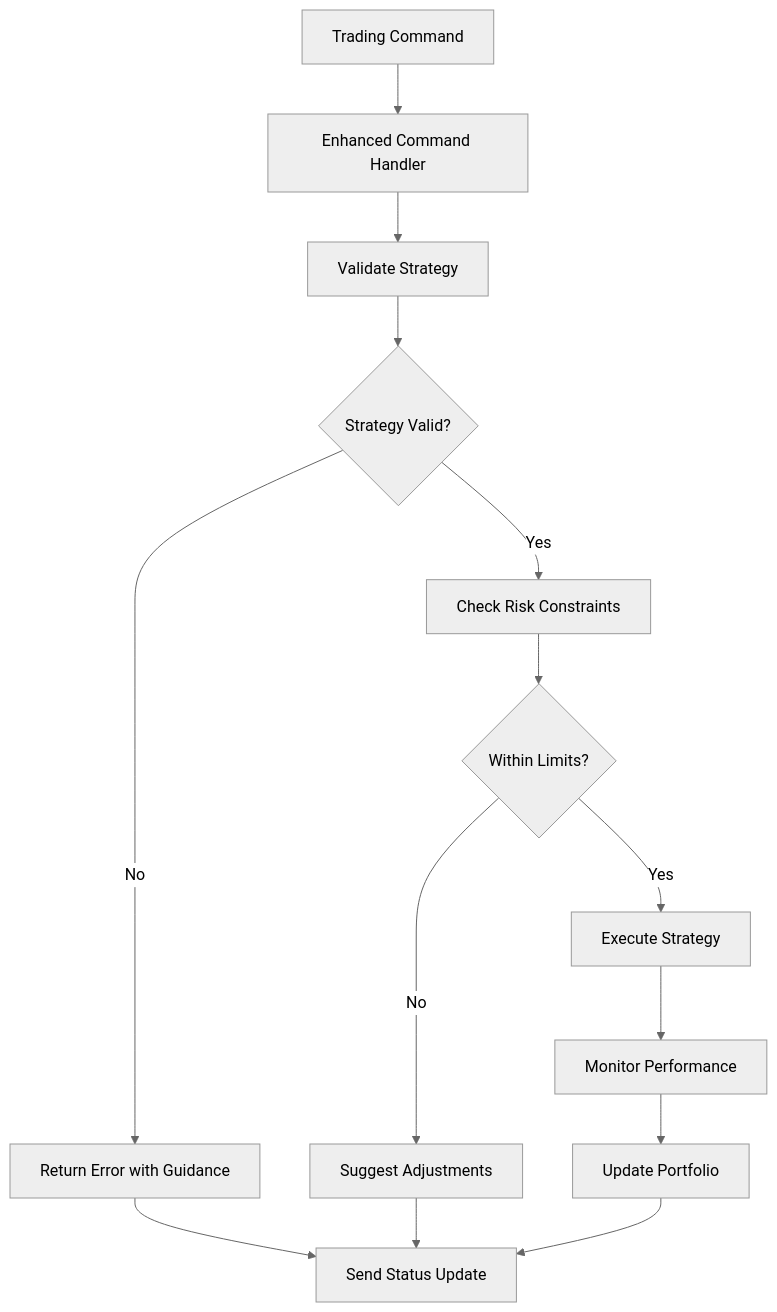
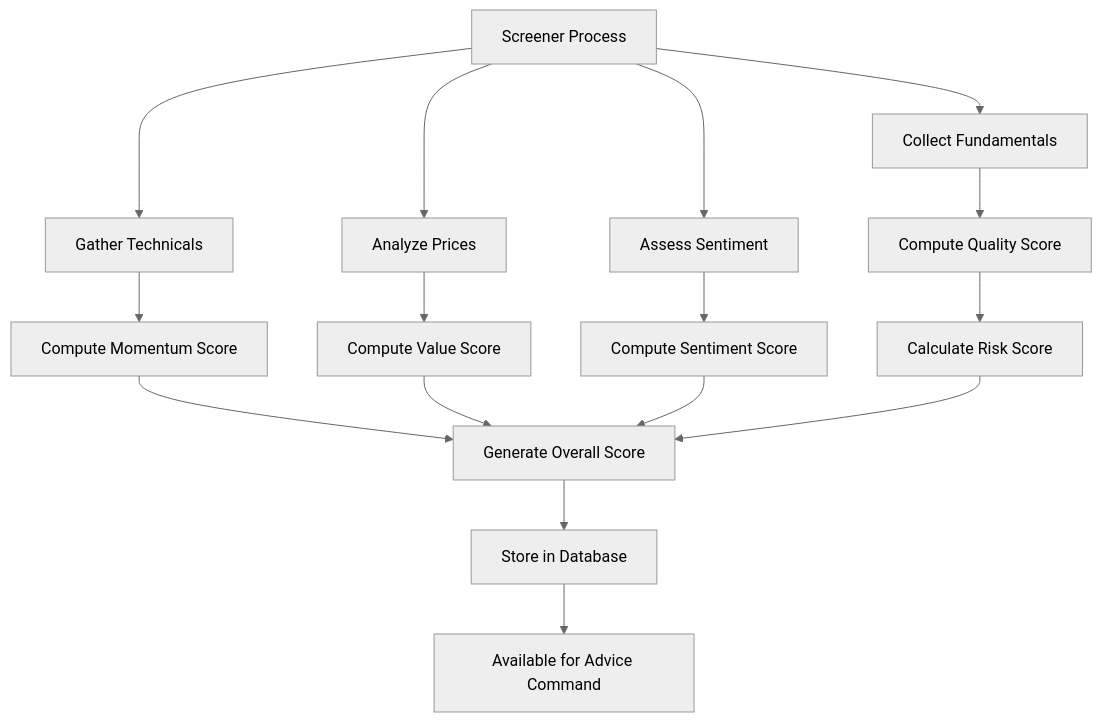
The fifth of 9 diagrams in .qoder/repowiki/en/content/Core Components/Stock Trading Bot.md (ZengSeng/telegram-bot), drawn with Mermaid (neutral theme) before and after one commit. The commit also changed other lines of this file and 8 other files, not shown here.

````diff
--- a/.qoder/repowiki/en/content/Core Components/Stock Trading Bot.md
+++ b/.qoder/repowiki/en/content/Core Components/Stock Trading Bot.md
@@ -499,16 +445,18 @@
 ```mermaid
 flowchart TD
-A[Trading Command] --> B[Enhanced Command Handler]
-B --> C[Validate Strategy]
-C --> D{Strategy Valid?}
-D --> |No| E[Return Error with Guidance]
-D --> |Yes| F[Check Risk Constraints]
-F --> G{Within Limits?}
-G --> |No| H[Suggest Adjustments]
-G --> |Yes| I[Execute Strategy]
-I --> J[Monitor Performance]
-J --> K[Update Portfolio]
-K --> L[Send Status Update]
-E --> L
-H --> L
+A[Screener Process] --> B[Collect Fundamentals]
+A --> C[Gather Technicals]
+A --> D[Analyze Prices]
+A --> E[Assess Sentiment]
+B --> F[Compute Quality Score]
+C --> G[Compute Momentum Score]
+D --> H[Compute Value Score]
+E --> I[Compute Sentiment Score]
+F --> J[Calculate Risk Score]
+G --> K[Generate Overall Score]
+H --> K
+I --> K
+J --> K
+K --> L[Store in Database]
+L --> M[Available for Advice Command]
 ```
````
